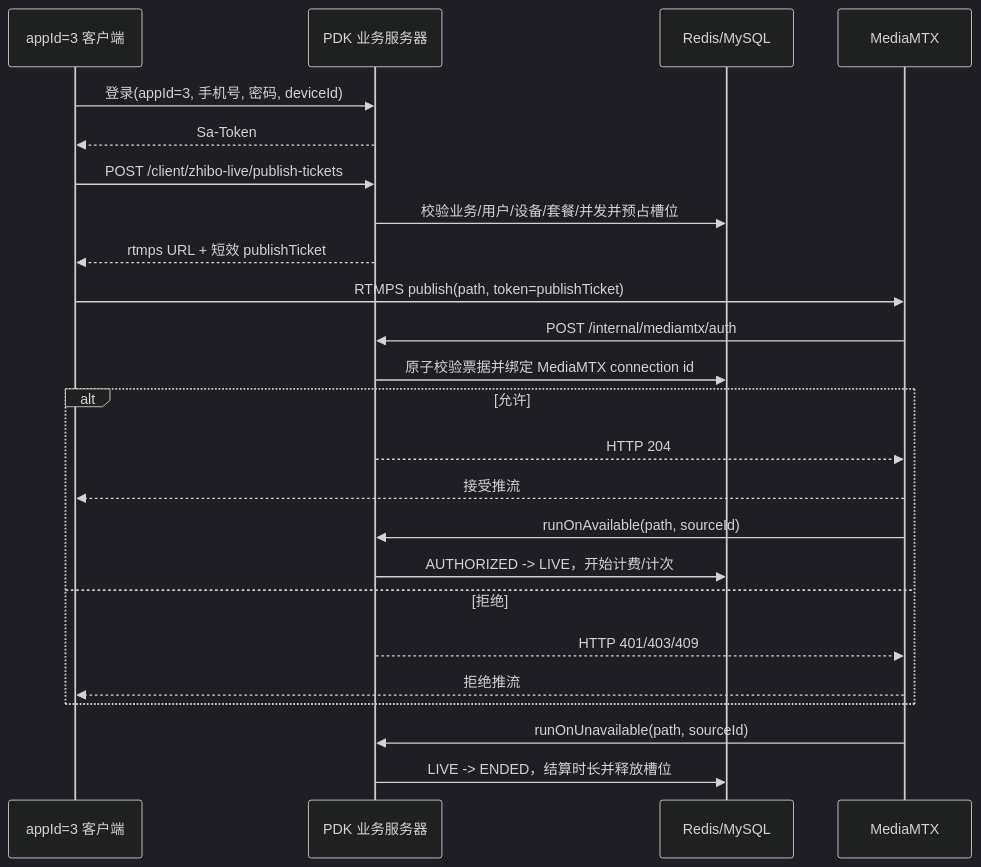
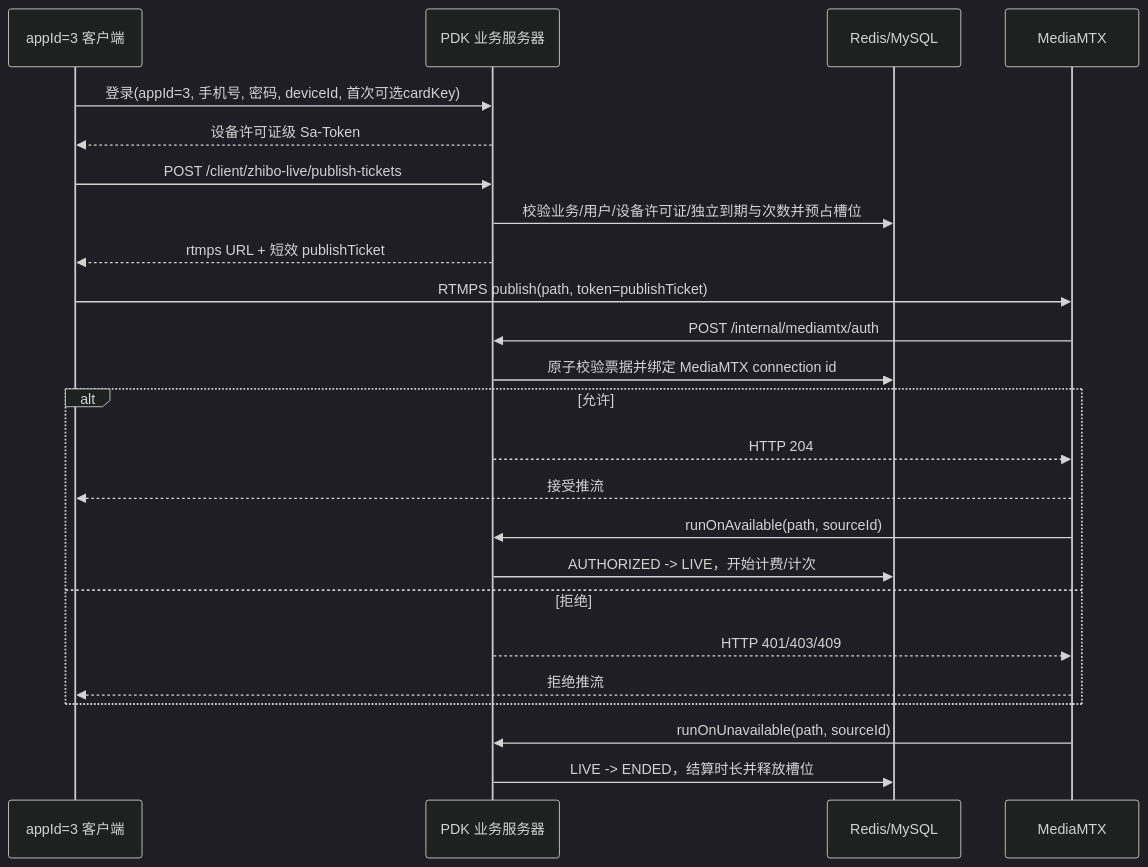
The diagram in docs/ZHIBO_LIVE_MEDIAMTX_AUTH_SOLUTION.md (huangjingpei/pdk), drawn with Mermaid (dark theme) before and after one commit. The commit also changed other lines of this file and 57 other files, not shown here.

````diff
--- a/docs/ZHIBO_LIVE_MEDIAMTX_AUTH_SOLUTION.md
+++ b/docs/ZHIBO_LIVE_MEDIAMTX_AUTH_SOLUTION.md
@@ -20,27 +20,27 @@
 ```mermaid
 sequenceDiagram
     participant C as appId=3 客户端
     participant B as PDK 业务服务器
     participant R as Redis/MySQL
     participant M as MediaMTX
 
-    C->>B: 登录(appId=3, 手机号, 密码, deviceId)
-    B-->>C: Sa-Token
+    C->>B: 登录(appId=3, 手机号, 密码, deviceId, 首次可选cardKey)
+    B-->>C: 设备许可证级 Sa-Token
     C->>B: POST /client/zhibo-live/publish-tickets
-    B->>R: 校验业务/用户/设备/套餐/并发并预占槽位
+    B->>R: 校验业务/用户/设备许可证/独立到期与次数并预占槽位
     B-->>C: rtmps URL + 短效 publishTicket
     C->>M: RTMPS publish(path, token=publishTicket)
     M->>B: POST /internal/mediamtx/auth
     B->>R: 原子校验票据并绑定 MediaMTX connection id
     alt 允许
         B-->>M: HTTP 204
         M-->>C: 接受推流
         M->>B: runOnAvailable(path, sourceId)
         B->>R: AUTHORIZED -> LIVE，开始计费/计次
     else 拒绝
         B-->>M: HTTP 401/403/409
         M-->>C: 拒绝推流
     end
     M->>B: runOnUnavailable(path, sourceId)
     B->>R: LIVE -> ENDED，结算时长并释放槽位
 ```
````
